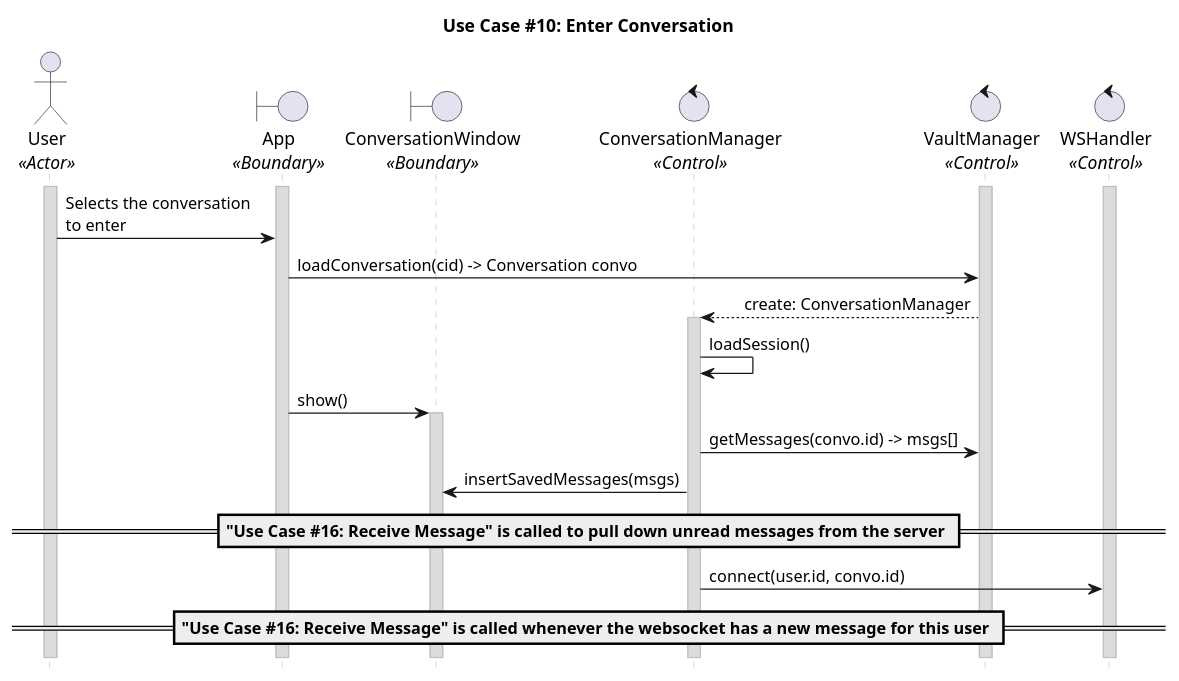
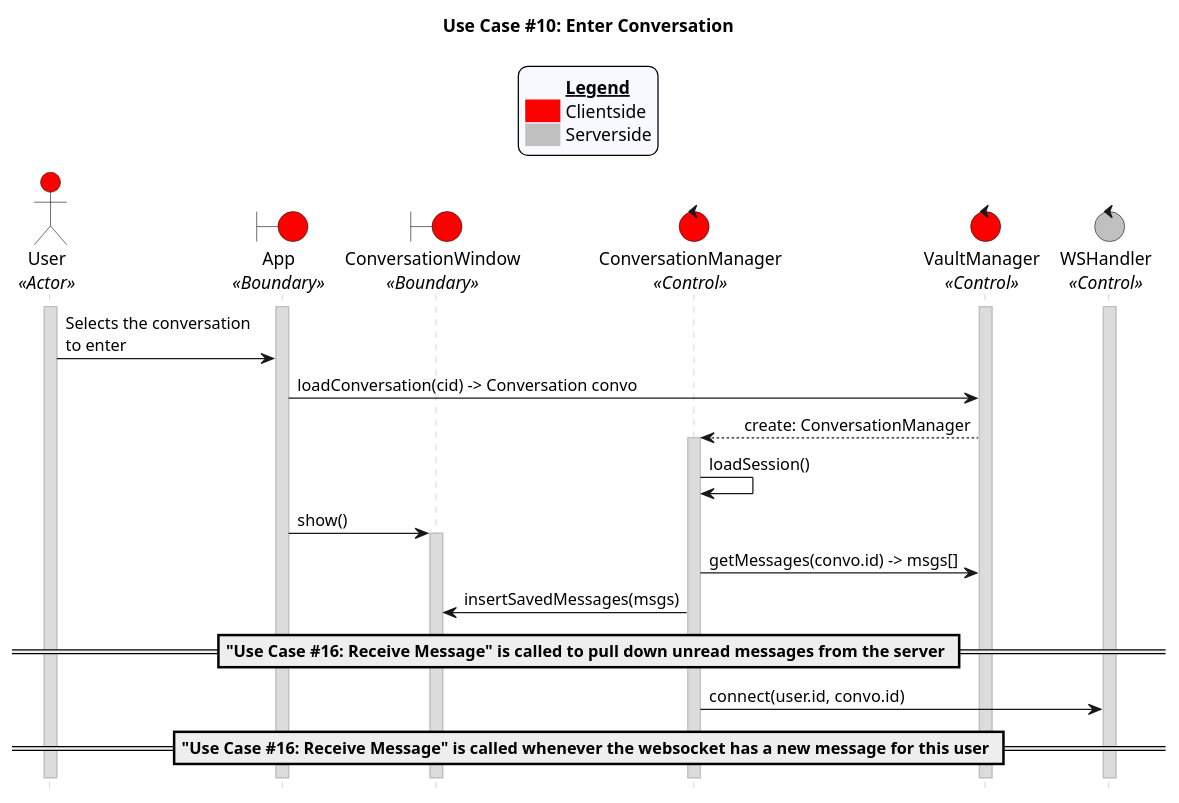
One commit to CECS-491-SP24-Group-1/seq-diagrams changed the diagram in uc_10.puml. Above: the diagram before and after it, drawn with PlantUML.

Commit message:
Add legend to uc10

```diff
--- a/uc_10.puml
+++ b/uc_10.puml
@@ -1,52 +1,64 @@
 @startuml uc10
 title "Use Case #10: Enter Conversation"
 
 'Styling goes here
 hide footbox
 skinparam stereotypePosition bottom
 skinparam sequenceMessageAlign direction
 skinparam sequence {
 	LifeLineBorderColor #Silver
 	LifeLineBackgroundColor #Gainsboro
 }
 
+'Add a legend plus styling
+skinparam legend {
+	backgroundColor #GhostWhite
+	entrySeparator #GhostWhite
+}
+
+legend top
+	<#GhostWhite,#GhostWhite>|	|= __Legend__ |
+	|<#red> | Clientside|
+	|<#silver> | Serverside|
+endlegend
+
 'Setup the objects involved here
-Actor User as u <<Actor>>
-boundary App as a <<Boundary>>
-boundary ConversationWindow as cw <<Boundary>>
-control ConversationManager as cm <<Control>>
-control VaultManager as vm <<Control>>
-control WSHandler as ws <<Control>>
+Actor User as u <<Actor>> #red
+boundary App as a <<Boundary>> #red
+boundary ConversationWindow as cw <<Boundary>> #red
+control ConversationManager as cm <<Control>> #red
+control VaultManager as vm <<Control>> #red
+control WSHandler as ws <<Control>> #silver
 
 'Setup persistent objects here
 activate u
 activate a
 activate vm
 activate ws
 
 '--- FLOW OF CONTROL STARTS HERE ---
 'User clicks on chat to load.
 u -> a: Selects the conversation \nto enter
 
 'User’s device loads the chat session from their vault.
 a -> vm: loadConversation(cid) -> Conversation convo
 vm --> cm: create: ConversationManager
 activate cm
 cm -> cm: loadSession()
 
 'User’s device displays the chat page.
 a -> cw: show()
 activate cw
 
 'User’s device restores saved chats from the vault.
 cm -> vm: getMessages(convo.id) -> msgs[]
 cm -> cw: insertSavedMessages(msgs)
 
 == "Use Case #16: Receive Message" is called to pull down unread messages from the server ==
 
 cm -> ws: connect(user.id, convo.id)
 
 == "Use Case #16: Receive Message" is called whenever the websocket has a new message for this user ==
 '--- FLOW OF CONTROL ENDS HERE   ---
 
 @enduml
```
